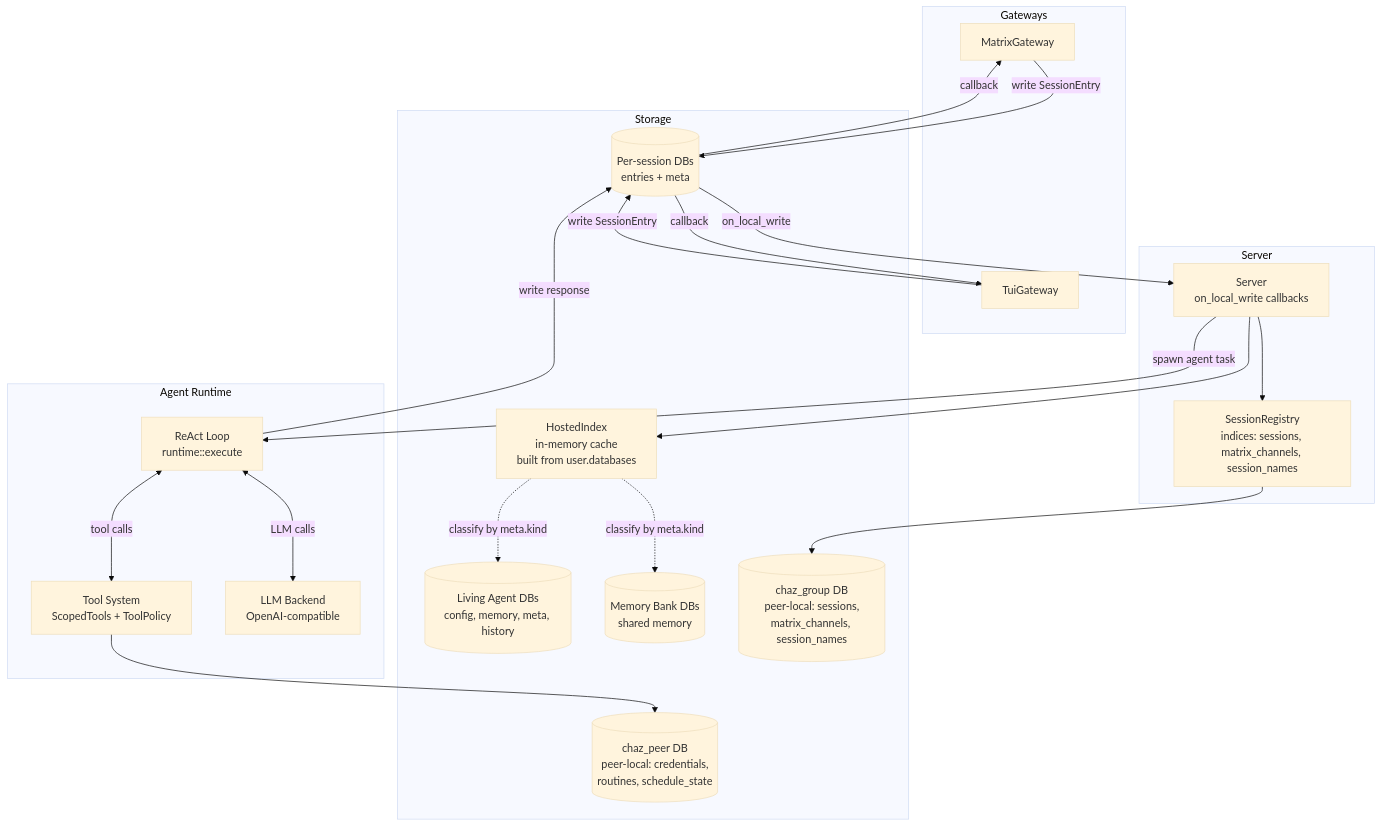
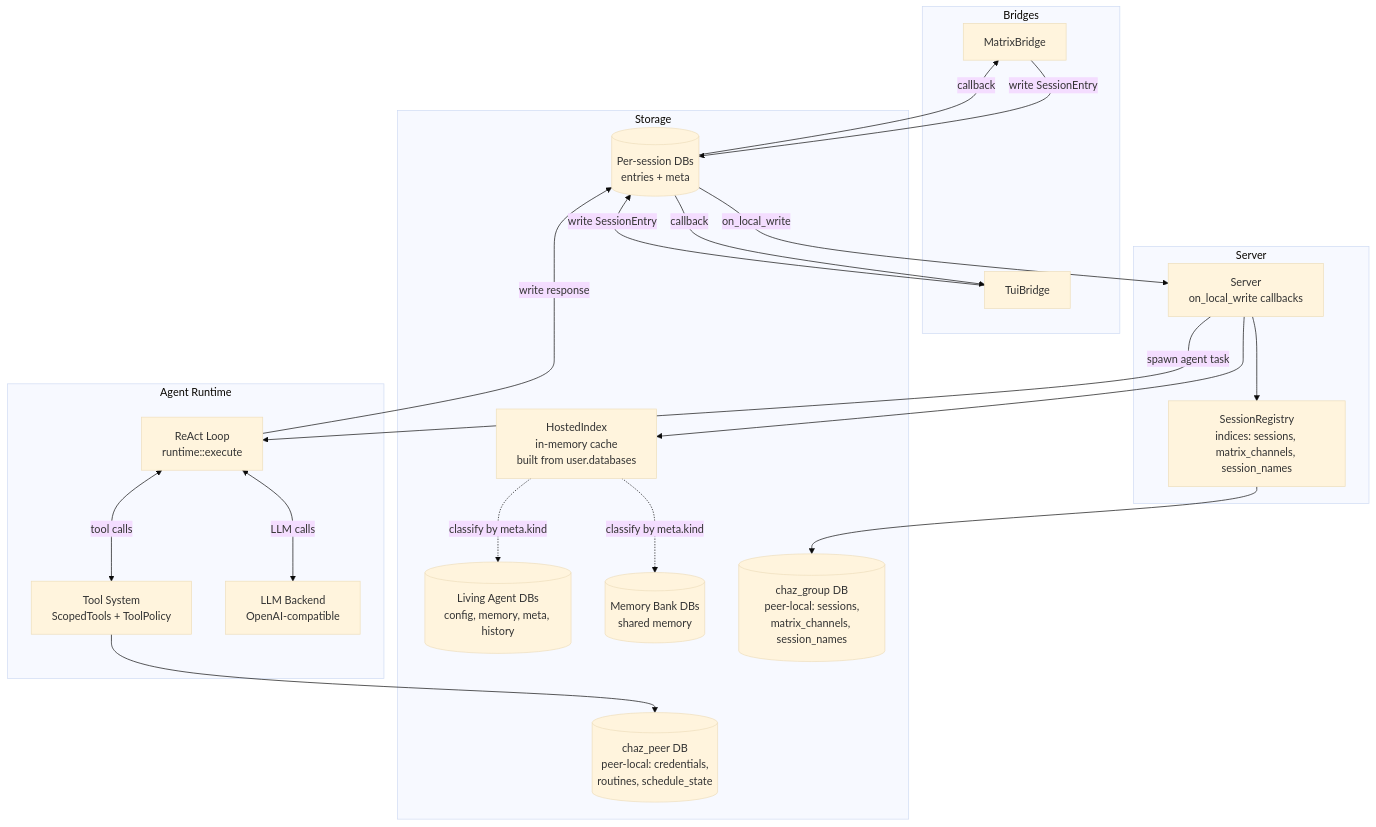
One commit to arcuru/chaz changed the diagram in docs/src/architecture/overview.md. Above: the diagram before and after it, drawn with Mermaid (base theme). The commit also changed other lines of this file and 62 other files, not shown here.

First line of the commit message:
refactor: rename gateway → bridge across the transport layer

````diff
--- a/docs/src/architecture/overview.md
+++ b/docs/src/architecture/overview.md
@@ -7,43 +7,43 @@
 ```mermaid
 graph TD
-    subgraph Gateways
-        MG[MatrixGateway]
-        TG[TuiGateway]
+    subgraph Bridges
+        MG[MatrixBridge]
+        TG[TuiBridge]
     end
 
     subgraph Server
         SV[Server<br/>on_local_write callbacks]
         SR[SessionRegistry<br/>indices: sessions, matrix_channels, session_names]
     end
 
     subgraph "Agent Runtime"
         RT[ReAct Loop<br/>runtime::execute]
         TS[Tool System<br/>ScopedTools + ToolPolicy]
         LLM[LLM Backend<br/>OpenAI-compatible]
     end
 
     subgraph Storage
         EI[(Per-session DBs<br/>entries + meta)]
         LA[(Living Agent DBs<br/>config, memory, meta, history)]
         MB[(Memory Bank DBs<br/>shared memory)]
         CG[(chaz_group DB<br/>peer-local: sessions,<br/>matrix_channels, session_names)]
         CP[(chaz_peer DB<br/>peer-local: credentials,<br/>routines, schedule_state)]
         HI[HostedIndex<br/>in-memory cache<br/>built from user.databases]
     end
 
     MG -->|write SessionEntry| EI
     TG -->|write SessionEntry| EI
     EI -->|on_local_write| SV
     SV -->|spawn agent task| RT
     RT <-->|tool calls| TS
     RT <-->|LLM calls| LLM
     RT -->|write response| EI
     EI -->|callback| MG
     EI -->|callback| TG
     SV --> SR
     SR --> CG
     TS --> CP
     SV --> HI
     HI -.->|classify by meta.kind| LA
     HI -.->|classify by meta.kind| MB
 ```
````
